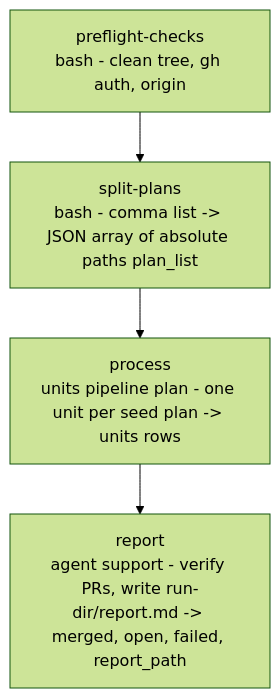
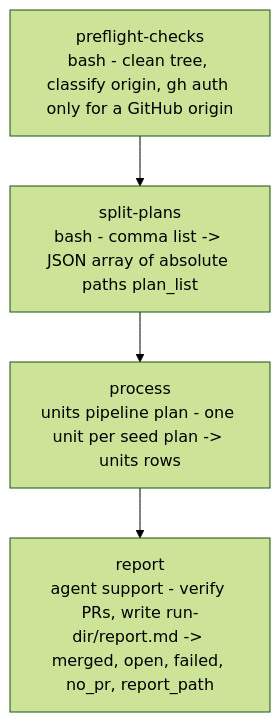
One commit to e1024kb/wise-claude changed the diagram in plugins/wise/workflows/impl-plan-auto/README.md. Above: the diagram before and after it, drawn with Mermaid (forest theme). The commit also changed other lines of this file and 23 other files, not shown here.

First line of the commit message:
#88: Feedback: Make GitHub PR steps optional when the project has no GitHub remote (#89)

````diff
--- a/plugins/wise/workflows/impl-plan-auto/README.md
+++ b/plugins/wise/workflows/impl-plan-auto/README.md
@@ -53,6 +57,6 @@
 ```mermaid
 flowchart TD
-    A[preflight-checks<br/>bash - clean tree, gh auth, origin] --> B[split-plans<br/>bash - comma list -> JSON array of absolute paths plan_list]
+    A[preflight-checks<br/>bash - clean tree, classify origin, gh auth only for a GitHub origin] --> B[split-plans<br/>bash - comma list -> JSON array of absolute paths plan_list]
     B --> D[process<br/>units pipeline plan - one unit per seed plan -> units rows]
-    D --> E[report<br/>agent support - verify PRs, write run-dir/report.md -> merged, open, failed, report_path]
+    D --> E[report<br/>agent support - verify PRs, write run-dir/report.md -> merged, open, failed, no_pr, report_path]
 ```
````
